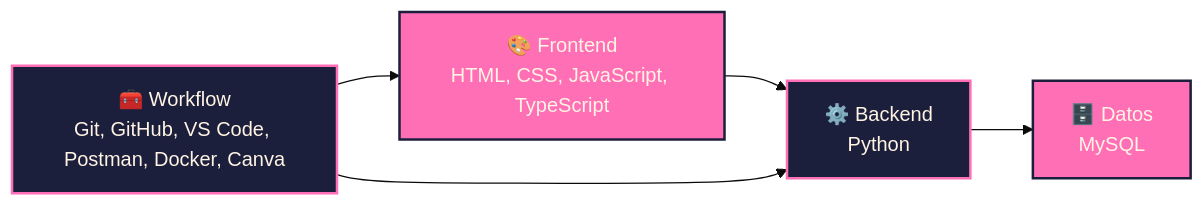
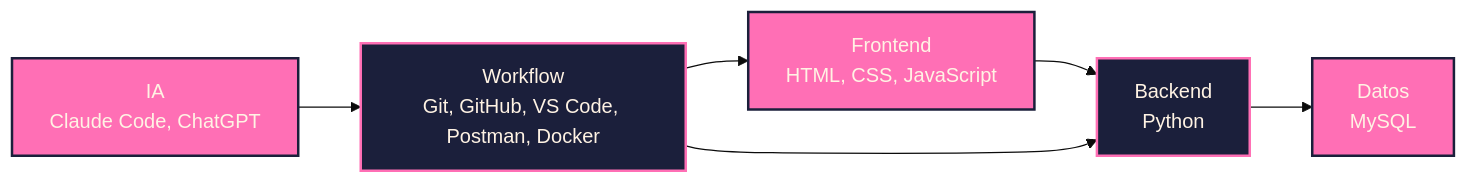
One commit to ArrivillagaDAS/ArrivillagaDAS changed the diagram in README.md. Above: the diagram before and after it, drawn with Mermaid (base theme). The commit also changed other lines of this file, not shown here.

````diff
--- a/README.md
+++ b/README.md
@@ -74,12 +75,13 @@
 ```mermaid
 flowchart LR
-  A["🎨 Frontend<br/>HTML, CSS, JavaScript, TypeScript"] --> B["⚙️ Backend<br/>Python"]
-  B --> C["🗄️ Datos<br/>MySQL"]
-  D["🧰 Workflow<br/>Git, GitHub, VS Code, Postman, Docker, Canva"] --> A
+  A["Frontend<br/>HTML, CSS, JavaScript"] --> B["Backend<br/>Python"]
+  B --> C["Datos<br/>MySQL"]
+  D["Workflow<br/>Git, GitHub, VS Code, Postman, Docker"] --> A
   D --> B
+  E["IA<br/>Claude Code, ChatGPT"] --> D
 
   classDef rosa fill:#FF6FB5,stroke:#1B1F3B,stroke-width:2px,color:#FFF3E4;
   classDef navy fill:#1B1F3B,stroke:#FF6FB5,stroke-width:2px,color:#FFF3E4;
-  class A,C rosa;
+  class A,C,E rosa;
   class B,D navy;
 ```
````
